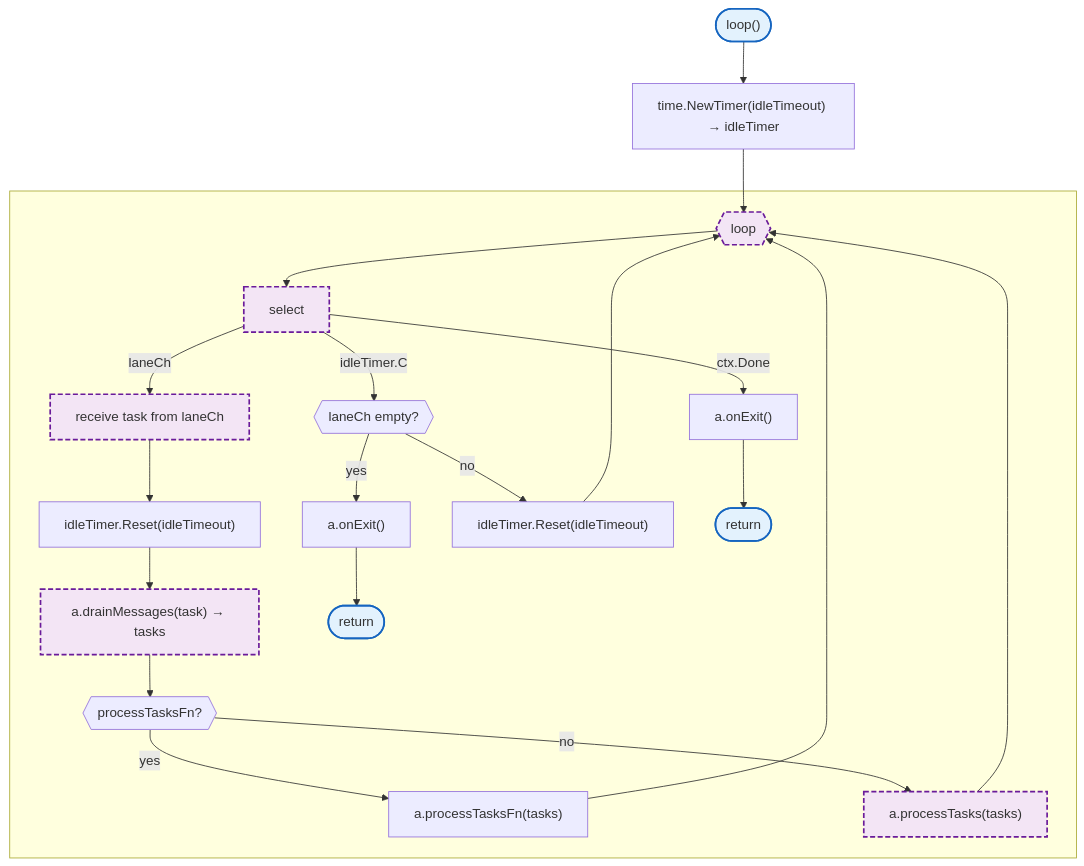
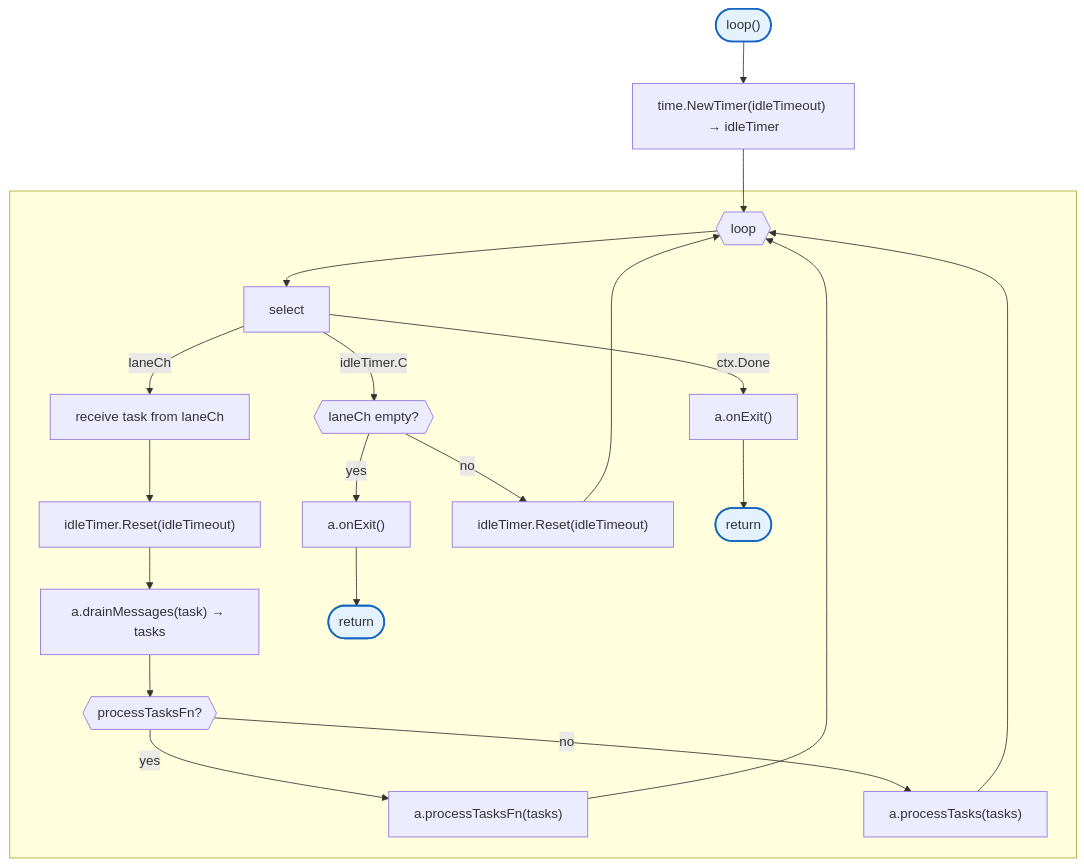
The fifth of 7 diagrams in docs/internal/agent/README.md (radch-ai/ava), drawn with Mermaid before and after one commit. The commit also changed other lines of this file and 2 other files, not shown here.

````diff
--- a/docs/internal/agent/README.md
+++ b/docs/internal/agent/README.md
@@ -114,32 +136,30 @@
 ```mermaid
 flowchart TB
     Start(["loop()"]) --> NewTimer["time.NewTimer(idleTimeout) → idleTimer"]
     NewTimer --> LoopStart{{"loop"}}
 
     subgraph SGLoop [" "]
         LoopStart --> Select["select"]
         Select -->|laneCh| ReceiveTask["receive task from laneCh"]
         ReceiveTask --> ResetTimer["idleTimer.Reset(idleTimeout)"]
         ResetTimer --> DrainMsgs["a.drainMessages(task) → tasks"]
         DrainMsgs --> CheckFn{{"processTasksFn?"}}
         CheckFn -->|yes| CallFn["a.processTasksFn(tasks)"]
         CheckFn -->|no| ProcessTasks["a.processTasks(tasks)"]
         CallFn --> LoopStart
         ProcessTasks --> LoopStart
 
         Select -->|idleTimer.C| CheckQueue{{"laneCh empty?"}}
         CheckQueue -->|yes| CallExit["a.onExit()"]
         CallExit --> Return(["return"])
         CheckQueue -->|no| ResetTimer2["idleTimer.Reset(idleTimeout)"]
         ResetTimer2 --> LoopStart
 
         Select -->|ctx.Done| CallExit2["a.onExit()"]
         CallExit2 --> Return2(["return"])
     end
 
     classDef mainFn fill:#e3f2fd,stroke:#1565c0,stroke-width:2px
-    classDef internalFn fill:#f3e5f5,stroke:#6a1b9a,stroke-width:2px,stroke-dasharray:6 3
 
     class Start,Return,Return2 mainFn
-    class LoopStart,Select,ReceiveTask,DrainMsgs,ProcessTasks internalFn
 ```
````
